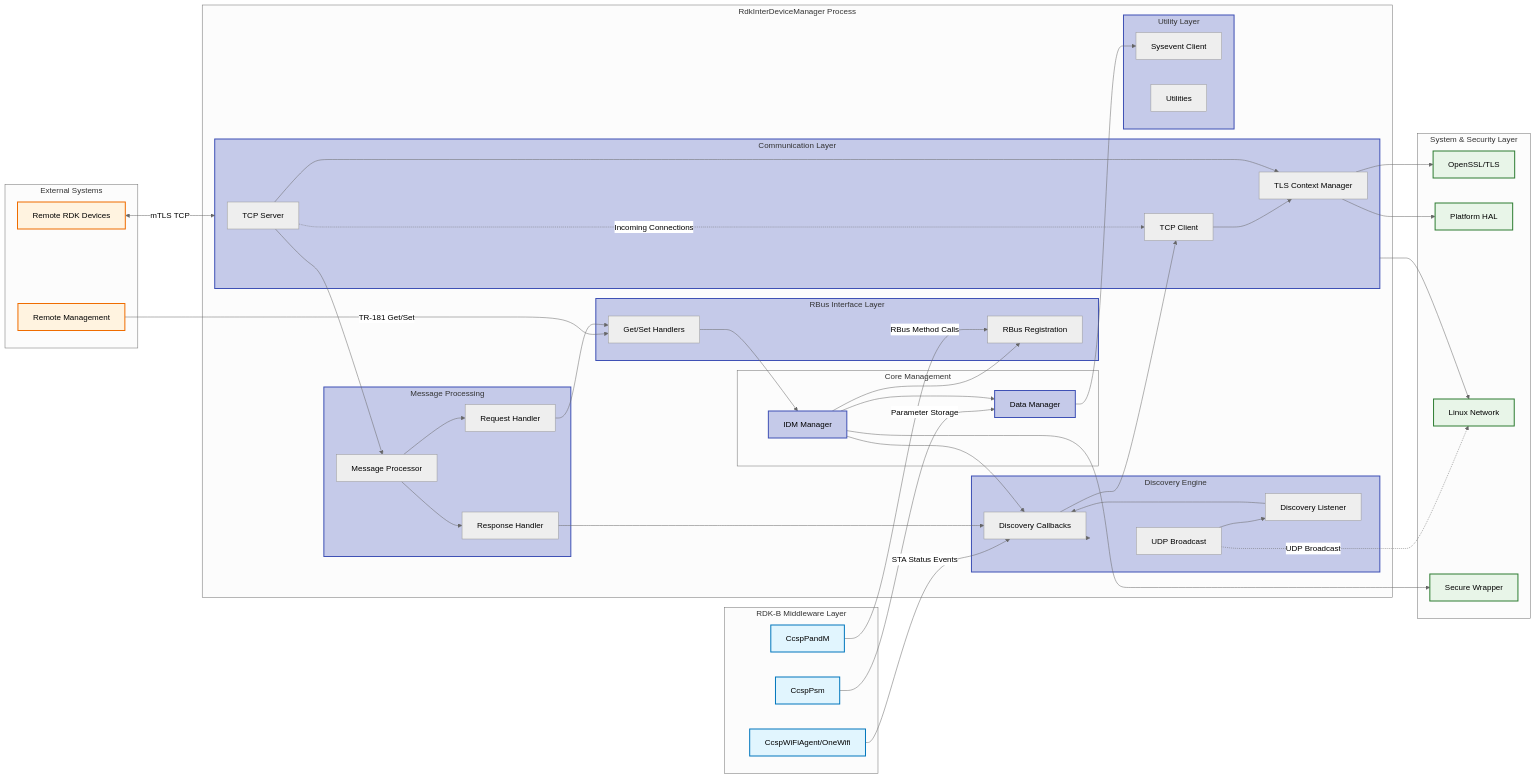
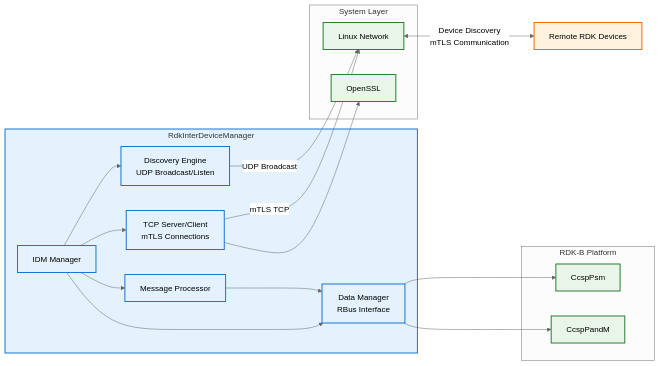
One commit to rns21/RDK_Documentation changed the second of 9 diagrams in docs/docu/dec17/RdkInterDeviceManager-mar16.md. Above: the diagram before and after it, drawn with Mermaid (neutral theme). The commit also changed other lines of this file, not shown here.

````diff
--- a/docs/docu/dec17/RdkInterDeviceManager-mar16.md
+++ b/docs/docu/dec17/RdkInterDeviceManager-mar16.md
@@ -78,100 +77,45 @@
 ```mermaid
 graph LR
-    subgraph ExternalSystems ["External Systems"]
-        RemoteMgmt["Remote Management"]
-        RemoteDevices["Remote RDK Devices"]
+    subgraph IDM ["RdkInterDeviceManager"]
+        MGR["IDM Manager"]
+        DISC["Discovery Engine<br/>UDP Broadcast/Listen"]
+        TCP["TCP Server/Client<br/>mTLS Connections"]
+        MSG["Message Processor"]
+        DATA["Data Manager<br/>RBus Interface"]
     end
 
-    subgraph RDKBMiddleware ["RDK-B Middleware Layer"]
+    subgraph RDK ["RDK-B Platform"]
         PANDM["CcspPandM"]
         PSM["CcspPsm"]
-        ONEWIFI["CcspWiFiAgent/OneWifi"]
     end
 
-    subgraph IDMProcess ["RdkInterDeviceManager Process"]
-        subgraph RBusLayer ["RBus Interface Layer"]
-            RBusInit["RBus Registration"]
-            RBusHandlers["Get/Set Handlers"]
-        end
-
-        subgraph CoreMgmt ["Core Management"]
-            MGR["IDM Manager"]
-            DATA["Data Manager"]
-        end
-
-        subgraph DiscoveryEng ["Discovery Engine"]
-            DiscBC["UDP Broadcast"]
-            DiscListen["Discovery Listener"]
-            DiscCB["Discovery Callbacks"]
-        end
-
-        subgraph CommLayer ["Communication Layer"]
-            TCPServer["TCP Server"]
-            TCPClient["TCP Client"]
-            TLSMgr["TLS Context Manager"]
-        end
-
-        subgraph MsgProc ["Message Processing"]
-            MsgProcessor["Message Processor"]
-            ReqHandler["Request Handler"]
-            ResHandler["Response Handler"]
-        end
-
-        subgraph UtilLayer ["Utility Layer"]
-            SysEvent["Sysevent Client"]
-            Utils["Utilities"]
-        end
+    subgraph Sys ["System Layer"]
+        OpenSSL["OpenSSL"]
+        Network["Linux Network"]
     end
 
-    subgraph SystemSecurity ["System & Security Layer"]
-        OpenSSL["OpenSSL/TLS"]
-        PlatformHAL["Platform HAL"]
-        LinuxNet["Linux Network"]
-        SecWrap["Secure Wrapper"]
-    end
+    Remote["Remote RDK Devices"]
 
-    RemoteMgmt -->|TR-181 Get/Set| RBusHandlers
-    RemoteDevices <-->|mTLS TCP| CommLayer
-    PANDM -->|RBus Method Calls| RBusInit
-    PSM -->|Parameter Storage| DATA
-    ONEWIFI -->|STA Status Events| DiscCB
+    MGR --> DISC
+    MGR --> TCP
+    MGR --> MSG
+    MGR --> DATA
+    
+    DISC -->|UDP Broadcast| Network
+    TCP -->|mTLS TCP| Network
+    TCP --> OpenSSL
+    MSG --> DATA
+    
+    DATA --> PSM
+    DATA --> PANDM
+    
+    Network <-->|Device Discovery<br/>mTLS Communication| Remote
 
-    RBusHandlers --> MGR
-    MGR --> DATA
-    MGR --> DiscCB
-    MGR --> RBusInit
+    classDef comp fill:#e3f2fd,stroke:#1976d2,stroke-width:2px
+    classDef system fill:#e8f5e8,stroke:#2e7d32,stroke-width:2px
+    classDef external fill:#fff3e0,stroke:#ef6c00,stroke-width:2px
 
-    DATA --> SysEvent
-
-    DiscCB --> DiscoveryEng
-    DiscBC --> DiscListen
-    DiscListen --> DiscCB
-
-    DiscCB --> TCPClient
-    TCPServer --> MsgProcessor
-    TCPClient --> TLSMgr
-    TCPServer --> TLSMgr
-
-    MsgProcessor --> ReqHandler
-    MsgProcessor --> ResHandler
-    ReqHandler --> RBusHandlers
-    ResHandler --> DiscCB
-
-    TLSMgr --> OpenSSL
-    TLSMgr --> PlatformHAL
-    CommLayer --> LinuxNet
-    MGR --> SecWrap
-
-    TCPServer -.->|Incoming Connections| TCPClient
-    DiscBC -.->|UDP Broadcast| LinuxNet
-
-    classDef external fill:#fff3e0,stroke:#ef6c00,stroke-width:2px
-    classDef middleware fill:#e1f5fe,stroke:#0277bd,stroke-width:2px
-    classDef core fill:#c5cae9,stroke:#3f51b5,stroke-width:2px
-    classDef system fill:#e8f5e8,stroke:#2e7d32,stroke-width:2px
-
-    class RemoteMgmt,RemoteDevices external
-    class PANDM,PSM,ONEWIFI middleware
-    class MGR,DATA,RBusLayer,DiscoveryEng,CommLayer,MsgProc,UtilLayer core
-    class OpenSSL,PlatformHAL,LinuxNet,SecWrap system
+    class IDM,MGR,DISC,TCP,MSG,DATA comp
+    class OpenSSL,Network,PSM,PANDM system
+    class Remote external
 ```
````
